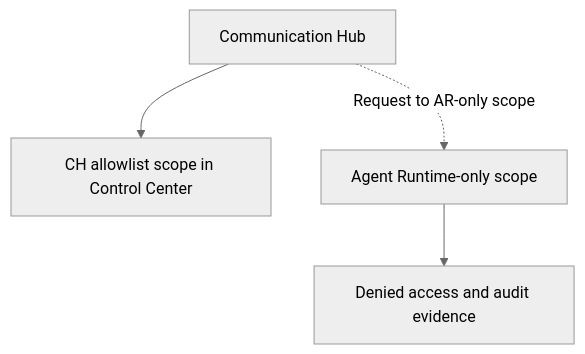
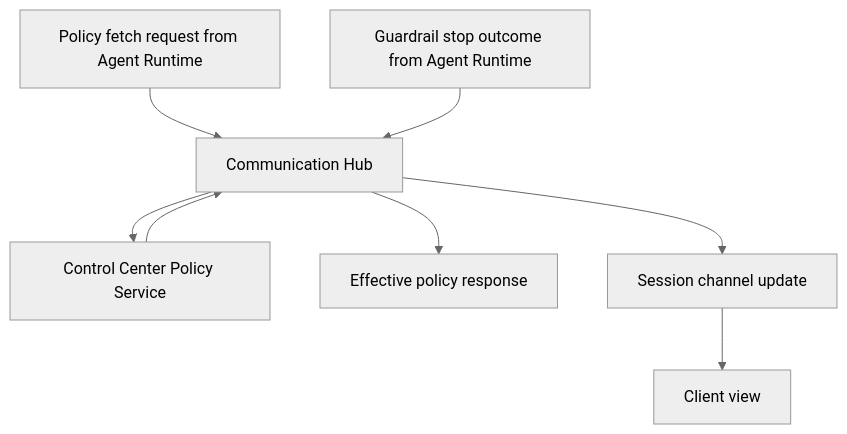
The second of 2 diagrams in docs/master/architecture/modules/communication-hub/architecture.md (hurungang/parthenon), drawn with Mermaid (neutral theme) before and after one commit. The commit also changed other lines of this file and 139 other files, not shown here.

````diff
--- a/docs/master/architecture/modules/communication-hub/architecture.md
+++ b/docs/master/architecture/modules/communication-hub/architecture.md
@@ -17,11 +22,18 @@
 ```mermaid
 flowchart TB
-    CH2[Communication Hub]
-    CHA[CH allowlist scope in Control Center]
-    ARS[Agent Runtime-only scope]
-    DENY[Denied access and audit evidence]
+    P0[Policy fetch request from Agent Runtime]
+    CH[Communication Hub]
+    CC[Control Center Policy Service]
+    P1[Effective policy response]
+    S0[Guardrail stop outcome from Agent Runtime]
+    S1[Session channel update]
+    UI[Client view]
 
-    CH2 --> CHA
-    CH2 -.->|Request to AR-only scope| ARS
-    ARS --> DENY
+    P0 --> CH
+    CH --> CC
+    CC --> CH
+    CH --> P1
+    S0 --> CH
+    CH --> S1
+    S1 --> UI
 ```
````
